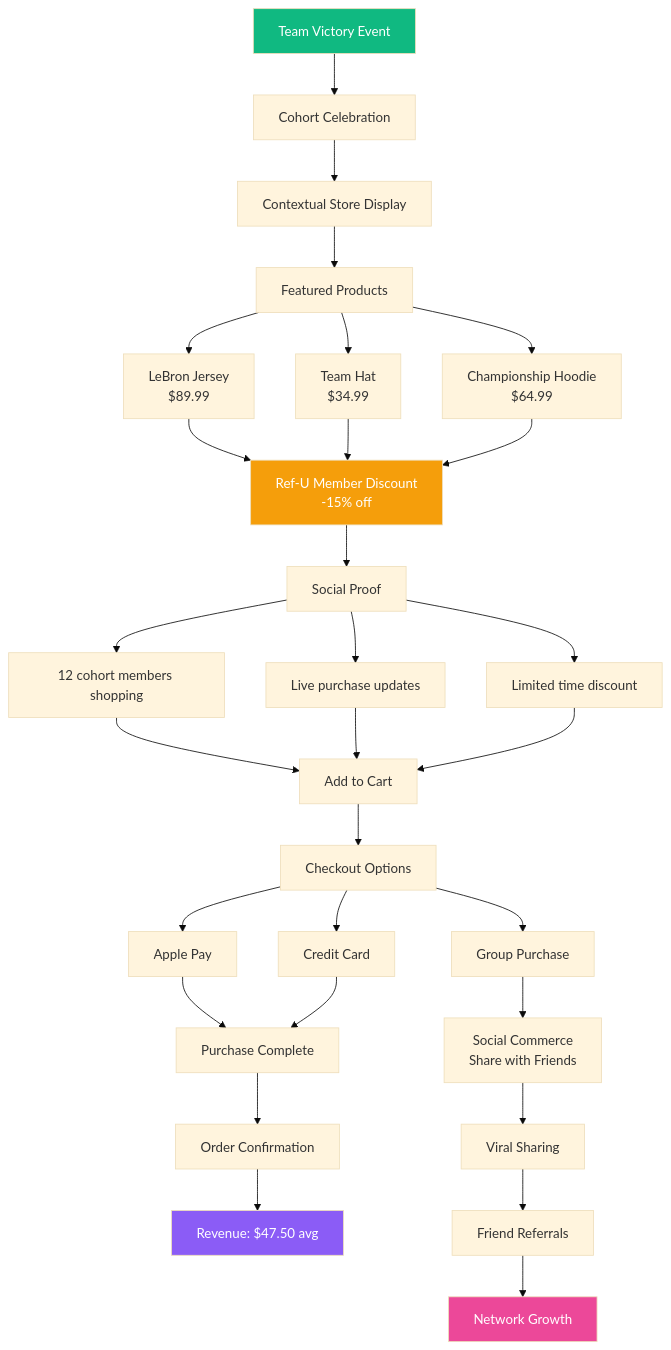
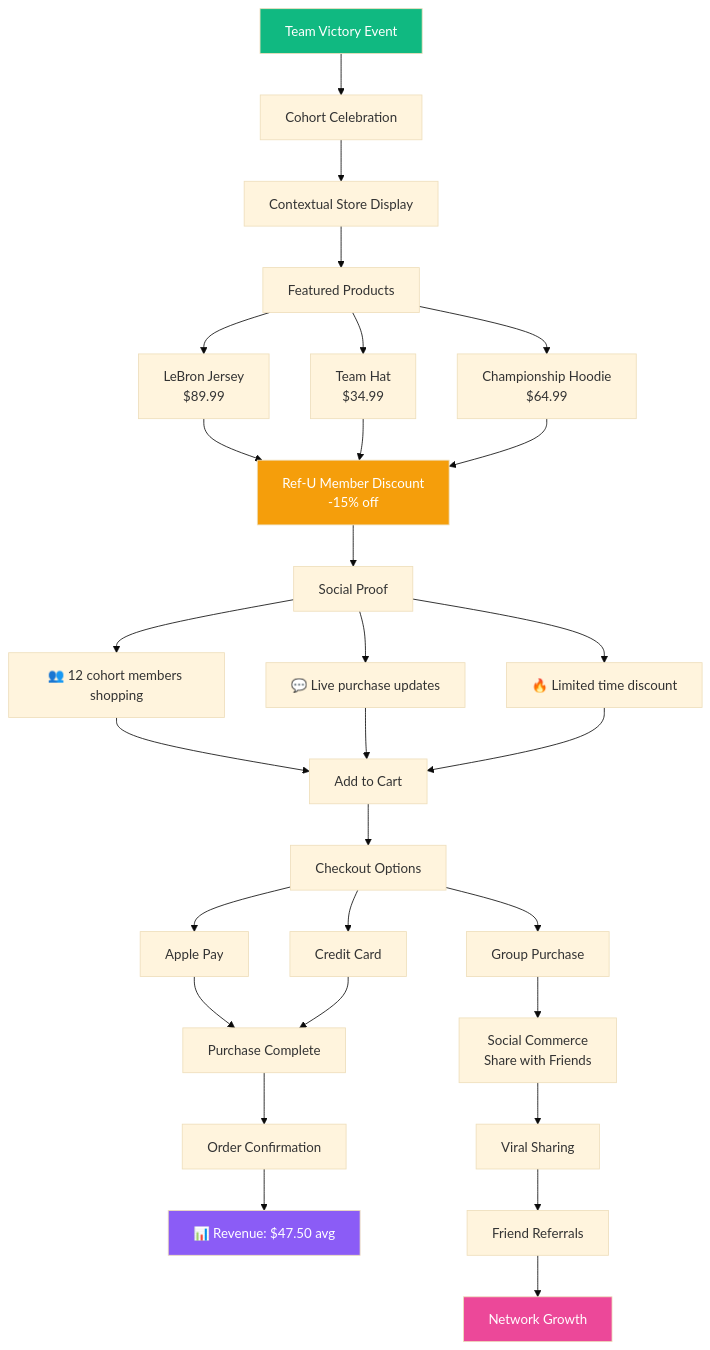
The sixth of 9 diagrams in docs/investor-flows.md (SkaFld-Ignite/ref-u-wireframes), drawn with Mermaid (base theme) before and after one commit. The commit also changed other lines of this file and 2 other files, not shown here.

Commit message:
Restore proper emojis and add back colors to Mermaid flow charts

````diff
--- a/docs/investor-flows.md
+++ b/docs/investor-flows.md
@@ -238,44 +240,44 @@
 ```mermaid
 graph TD
     A[Team Victory Event] --> B[Cohort Celebration]
     B --> C[Contextual Store Display]
     
     C --> D[Featured Products]
     D --> E1[LeBron Jersey<br/>$89.99]
     D --> E2[Team Hat<br/>$34.99]
     D --> E3[Championship Hoodie<br/>$64.99]
     
     E1 --> F[Ref-U Member Discount<br/>-15% off]
     E2 --> F
     E3 --> F
     
     F --> G[Social Proof]
-    G --> H1[ 12 cohort members shopping]
-    G --> H2[ Live purchase updates]
-    G --> H3[ Limited time discount]
+    G --> H1[👥 12 cohort members shopping]
+    G --> H2[💬 Live purchase updates]
+    G --> H3[🔥 Limited time discount]
     
     H1 --> I[Add to Cart]
     H2 --> I
     H3 --> I
     
     I --> J[Checkout Options]
     J --> K1[Apple Pay]
     J --> K2[Credit Card]
     J --> K3[Group Purchase]
     
     K1 --> L[Purchase Complete]
     K2 --> L
     K3 --> M[Social Commerce<br/>Share with Friends]
     
     L --> N[Order Confirmation]
-    N --> O[ Revenue: $47.50 avg]
+    N --> O[📊 Revenue: $47.50 avg]
     
     M --> P[Viral Sharing]
     P --> Q[Friend Referrals]
     Q --> R[Network Growth]
     
     style A fill:#10b981,color:white
     style F fill:#f59e0b,color:white
     style O fill:#8b5cf6,color:white
     style R fill:#ec4899,color:white
 ```
````
